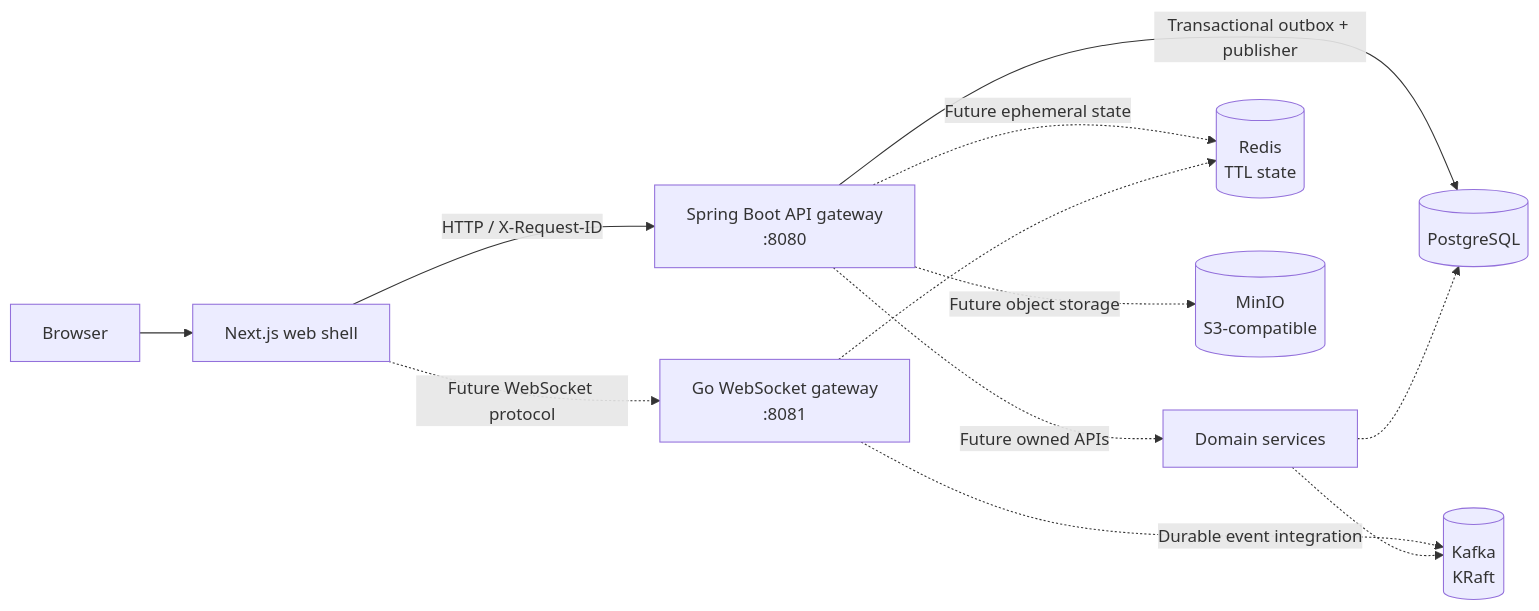
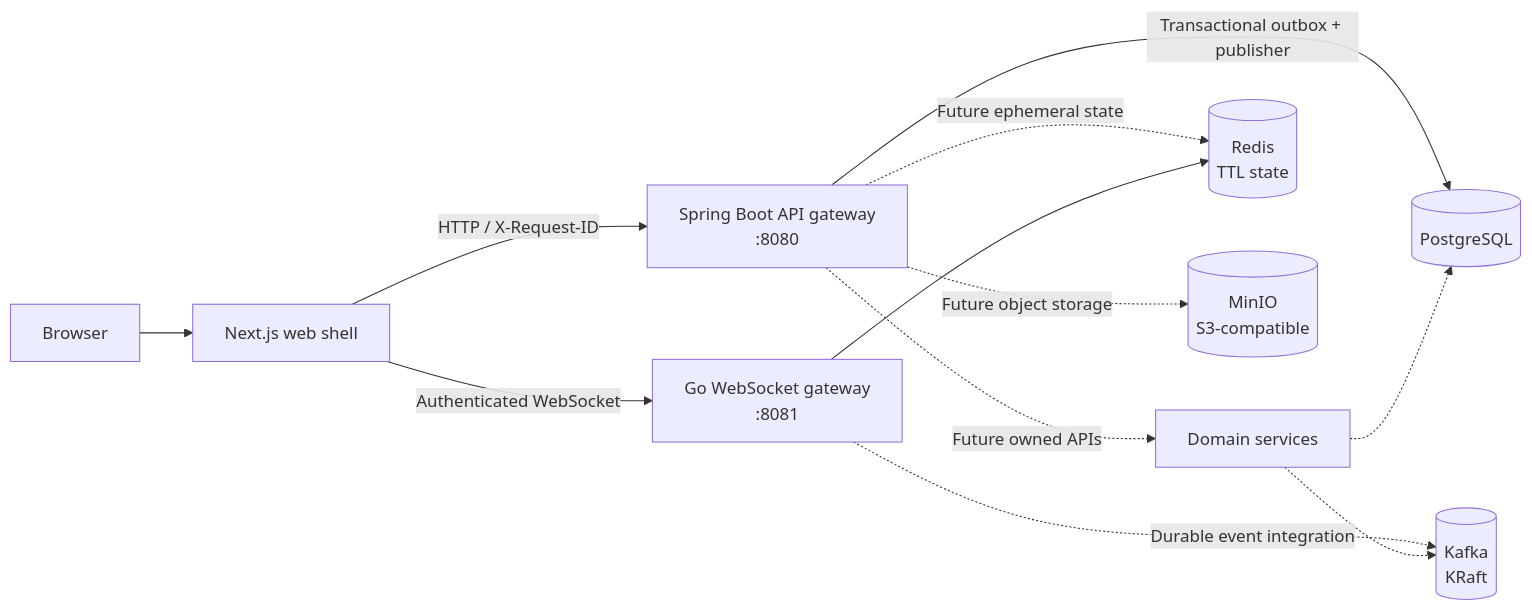
One commit to pentest200/Uvya changed the diagram in README.md. Above: the diagram before and after it, drawn with Mermaid. The commit also changed other lines of this file and 22 other files, not shown here.

Commit message:
feat: add authenticated WebSocket gateway with sync and routing

````diff
--- a/README.md
+++ b/README.md
@@ -133,16 +135,16 @@
 ```mermaid
 flowchart LR
     Browser[Browser] --> Web[Next.js web shell]
     Web -->|HTTP / X-Request-ID| API[Spring Boot API gateway\n:8080]
-    Web -.->|Future WebSocket protocol| WS[Go WebSocket gateway\n:8081]
+    Web -->|Authenticated WebSocket| WS[Go WebSocket gateway\n:8081]
 
     API -.->|Future owned APIs| Domain[Domain services]
     WS -.->|Durable event integration| Kafka[(Kafka\nKRaft)]
     API -->|Transactional outbox + publisher| Postgres[(PostgreSQL)]
     API -.->|Future ephemeral state| Redis[(Redis\nTTL state)]
     API -.->|Future object storage| MinIO[(MinIO\nS3-compatible)]
 
     Domain -.-> Postgres
     Domain -.-> Kafka
-    WS -.-> Redis
+    WS --> Redis
 ```
````
